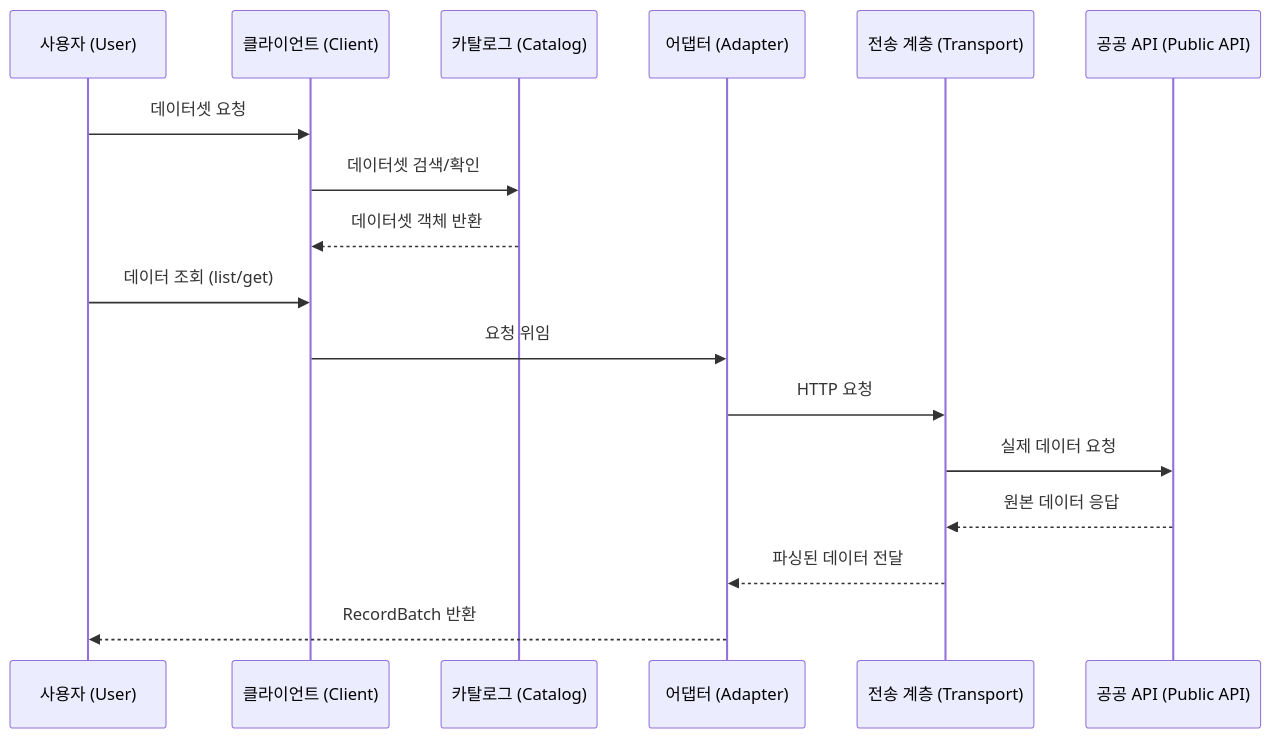
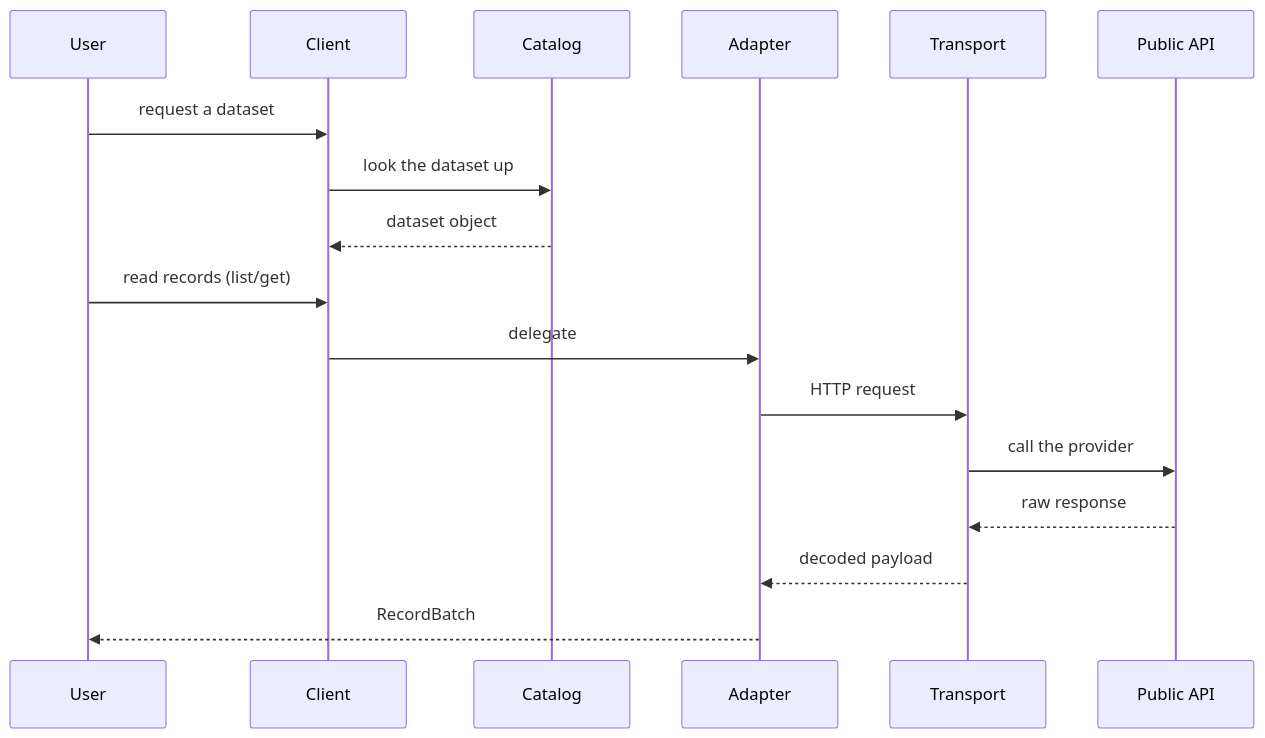
The first of 2 diagrams in AGENTS.md (kpubdata-lab/kpubdata), drawn with Mermaid before and after one commit. The commit also changed other lines of this file and 3 other files, not shown here.

````diff
--- a/AGENTS.md
+++ b/AGENTS.md
@@ -227,20 +267,20 @@
 ```mermaid
 sequenceDiagram
-    participant U as 사용자 (User)
-    participant C as 클라이언트 (Client)
-    participant Cat as 카탈로그 (Catalog)
-    participant A as 어댑터 (Adapter)
-    participant T as 전송 계층 (Transport)
-    participant P as 공공 API (Public API)
+    participant U as User
+    participant C as Client
+    participant Cat as Catalog
+    participant A as Adapter
+    participant T as Transport
+    participant P as Public API
 
-    U->>C: 데이터셋 요청
-    C->>Cat: 데이터셋 검색/확인
-    Cat-->>C: 데이터셋 객체 반환
-    U->>C: 데이터 조회 (list/get)
-    C->>A: 요청 위임
-    A->>T: HTTP 요청
-    T->>P: 실제 데이터 요청
-    P-->>T: 원본 데이터 응답
-    T-->>A: 파싱된 데이터 전달
-    A-->>U: RecordBatch 반환
+    U->>C: request a dataset
+    C->>Cat: look the dataset up
+    Cat-->>C: dataset object
+    U->>C: read records (list/get)
+    C->>A: delegate
+    A->>T: HTTP request
+    T->>P: call the provider
+    P-->>T: raw response
+    T-->>A: decoded payload
+    A-->>U: RecordBatch
 ```
````
